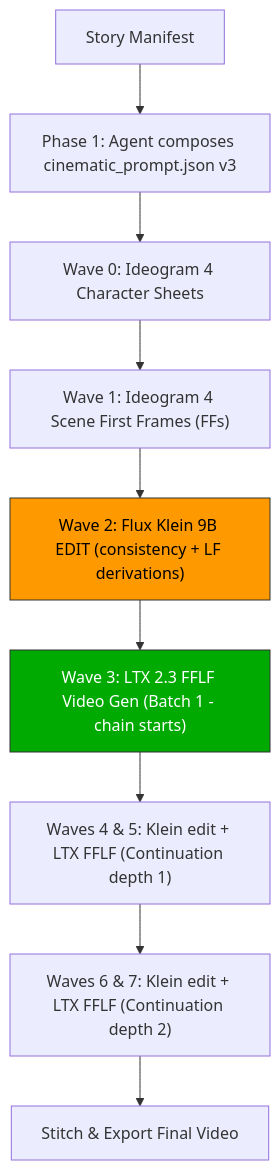
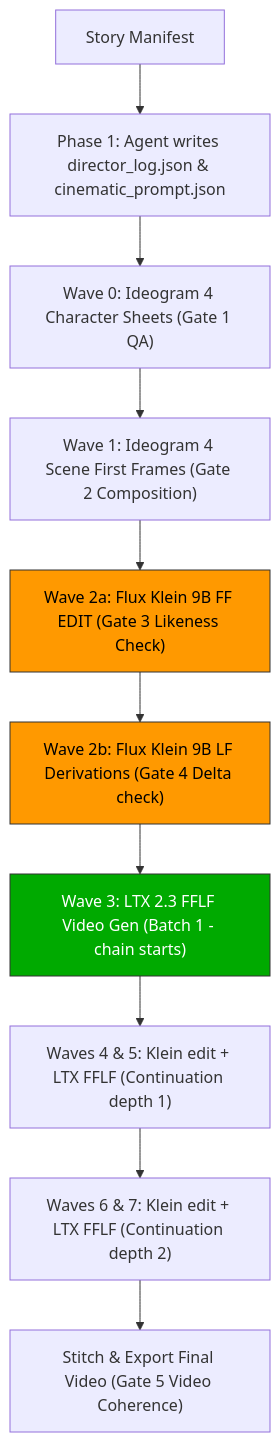
The diagram in current-setup/skills/story-to-video-cinematic/SKILL.md (muneesraja/auto-startups-vast), drawn with Mermaid before and after one commit. The commit also changed other lines of this file and 12 other files, not shown here.

Commit message:
V3 Cinematic Pipeline: Modularization, Wave 2 Split, Quality Gates, Logger, and Examples

````diff
--- a/current-setup/skills/story-to-video-cinematic/SKILL.md
+++ b/current-setup/skills/story-to-video-cinematic/SKILL.md
@@ -18,14 +18,16 @@
 ```mermaid
 graph TD
-    A[Story Manifest] --> B["Phase 1: Agent composes cinematic_prompt.json v3"]
-    B --> C["Wave 0: Ideogram 4 Character Sheets"]
-    C --> D["Wave 1: Ideogram 4 Scene First Frames (FFs)"]
-    D --> E["Wave 2: Flux Klein 9B EDIT (consistency + LF derivations)"]
-    E --> F["Wave 3: LTX 2.3 FFLF Video Gen (Batch 1 - chain starts)"]
-    F --> G["Waves 4 & 5: Klein edit + LTX FFLF (Continuation depth 1)"]
-    G --> H["Waves 6 & 7: Klein edit + LTX FFLF (Continuation depth 2)"]
-    H --> I["Stitch & Export Final Video"]
+    A[Story Manifest] --> B["Phase 1: Agent writes director_log.json & cinematic_prompt.json"]
+    B --> C["Wave 0: Ideogram 4 Character Sheets (Gate 1 QA)"]
+    C --> D["Wave 1: Ideogram 4 Scene First Frames (Gate 2 Composition)"]
+    D --> E["Wave 2a: Flux Klein 9B FF EDIT (Gate 3 Likeness Check)"]
+    E --> F["Wave 2b: Flux Klein 9B LF Derivations (Gate 4 Delta check)"]
+    F --> G["Wave 3: LTX 2.3 FFLF Video Gen (Batch 1 - chain starts)"]
+    G --> H["Waves 4 & 5: Klein edit + LTX FFLF (Continuation depth 1)"]
+    H --> I["Waves 6 & 7: Klein edit + LTX FFLF (Continuation depth 2)"]
+    I --> J["Stitch & Export Final Video (Gate 5 Video Coherence)"]
     
     style E fill:#ff9900,stroke:#333,color:#000
-    style F fill:#00aa00,stroke:#333,color:#fff
+    style F fill:#ff9900,stroke:#333,color:#000
+    style G fill:#00aa00,stroke:#333,color:#fff
 ```
````
